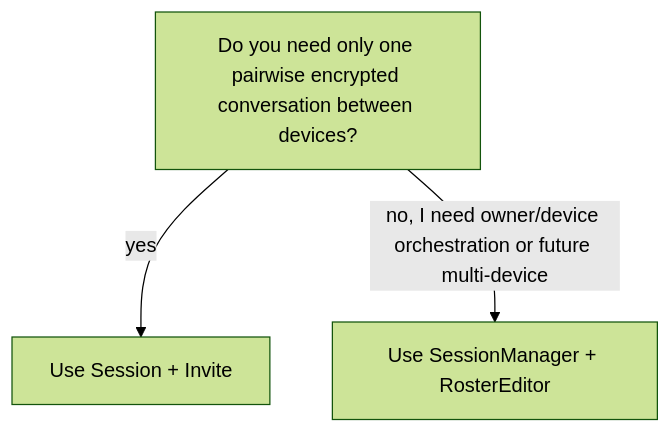
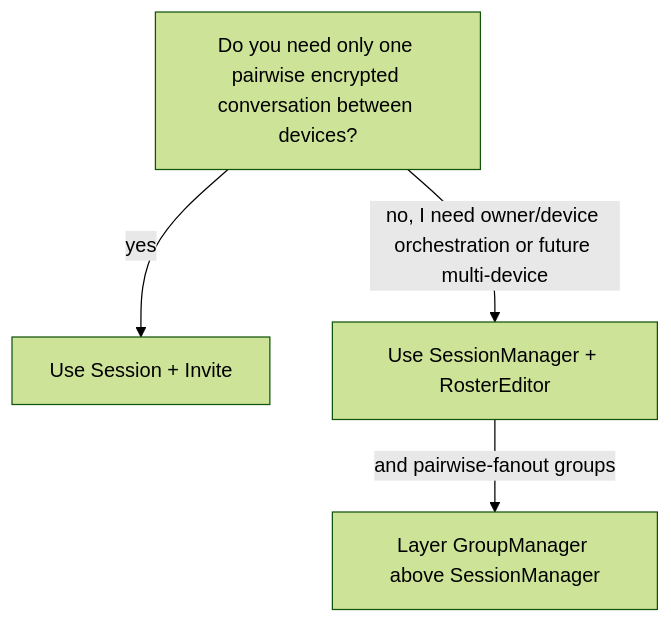
Before and after one commit to lauri000/nostr-double-ratchet: the first of 7 diagrams in rust/crates/nostr-double-ratchet/TUTORIAL.md, drawn with Mermaid (forest theme). The commit also changed other lines of this file and 10 other files, not shown here.

Commit message:
Add pairwise-fanout group manager

````diff
--- a/rust/crates/nostr-double-ratchet/TUTORIAL.md
+++ b/rust/crates/nostr-double-ratchet/TUTORIAL.md
@@ -14,5 +14,6 @@
 ```mermaid
 flowchart TD
   A["Do you need only one pairwise encrypted conversation between devices?"] -->|yes| B["Use Session + Invite"]
   A -->|no, I need owner/device orchestration or future multi-device| C["Use SessionManager + RosterEditor"]
+  C -->|and pairwise-fanout groups| D["Layer GroupManager above SessionManager"]
 ```
````
